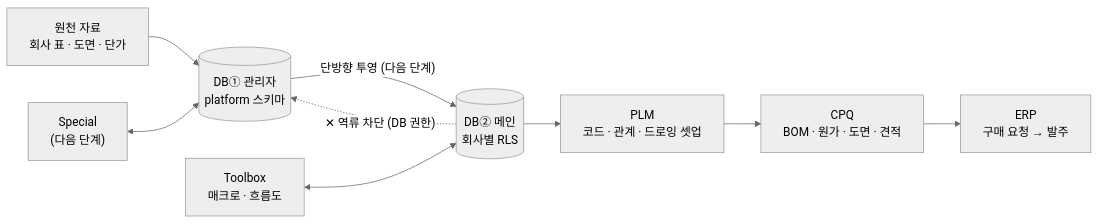
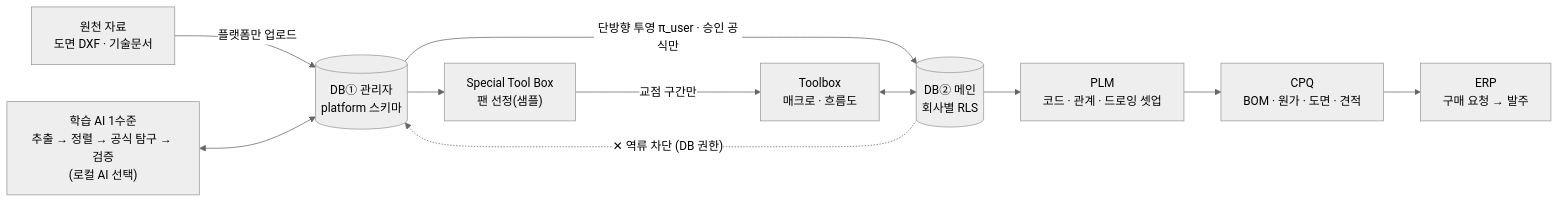
The diagram in README.md (parksubeom99/EDIM), drawn with Mermaid (neutral theme) before and after one commit. The commit also changed other lines of this file and 44 other files, not shown here.

````diff
--- a/README.md
+++ b/README.md
@@ -41,11 +41,13 @@
 ```mermaid
 flowchart LR
-  SRC["원천 자료<br/>회사 표 · 도면 · 단가"] --> DB1[("DB① 관리자<br/>platform 스키마")]
-  DB1 -->|"단방향 투영 (다음 단계)"| DB2[("DB② 메인<br/>회사별 RLS")]
+  SRC["원천 자료<br/>도면 DXF · 기술문서"] -->|"플랫폼만 업로드"| DB1[("DB① 관리자<br/>platform 스키마")]
+  LA["학습 AI 1수준<br/>추출 → 정렬 → 공식 탐구 → 검증<br/>(로컬 AI 선택)"] <--> DB1
+  DB1 -->|"단방향 투영 π_user · 승인 공식만"| DB2[("DB② 메인<br/>회사별 RLS")]
   DB2 -.->|"✕ 역류 차단 (DB 권한)"| DB1
   DB2 --> PLM["PLM<br/>코드 · 관계 · 드로잉 셋업"]
   PLM --> CPQ["CPQ<br/>BOM · 원가 · 도면 · 견적"]
   CPQ --> ERP["ERP<br/>구매 요청 → 발주"]
   TB["Toolbox<br/>매크로 · 흐름도"] <--> DB2
-  SP["Special<br/>(다음 단계)"] <--> DB1
+  SP["Special Tool Box<br/>팬 선정(샘플)"] -->|"교점 구간만"| TB
+  DB1 --> SP
 ```
````
